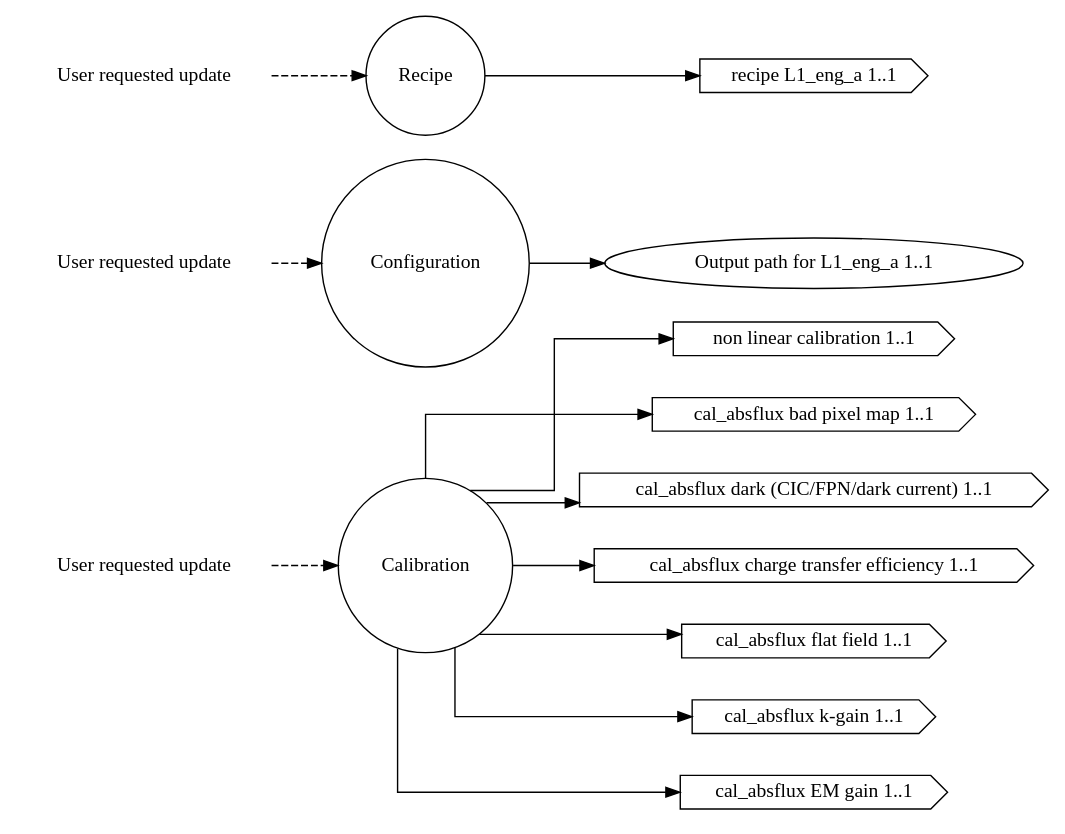
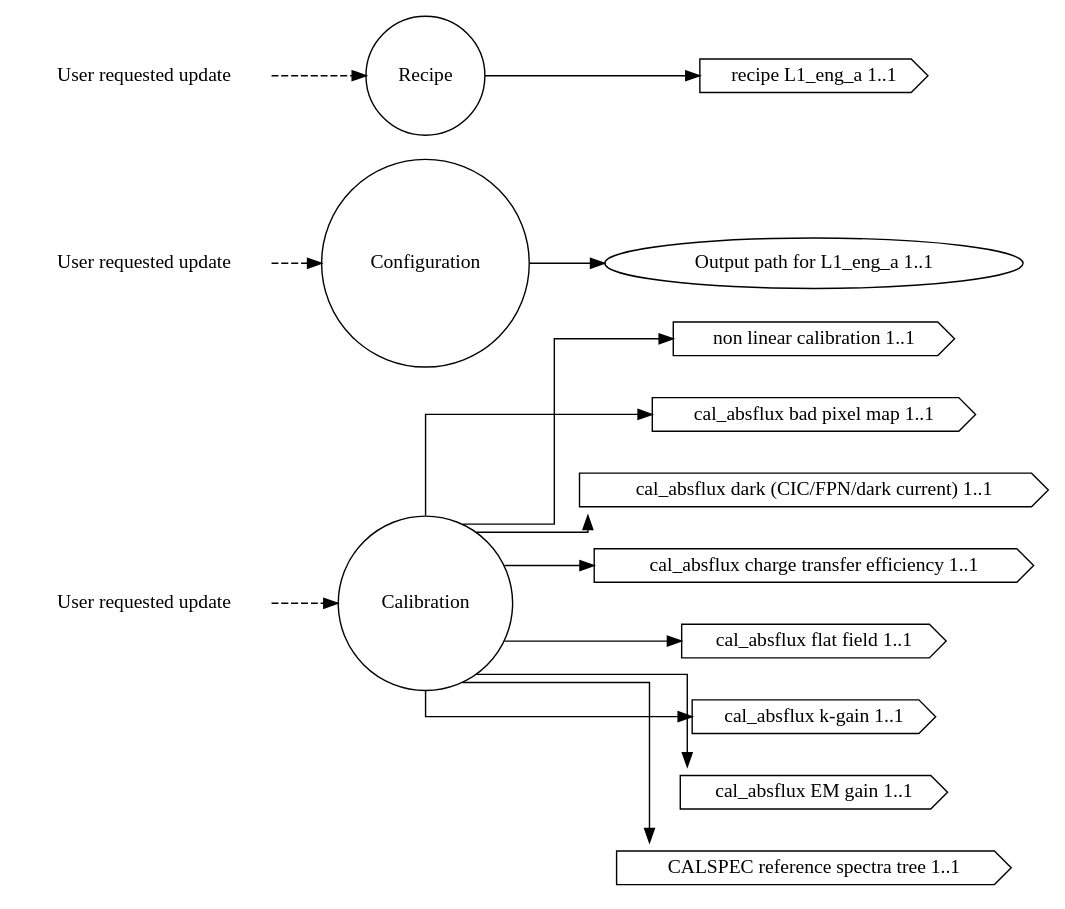
The diagram in dip/basis/ck_absflux.dot (roman-corgi/ctc-dip), drawn with Graphviz before and after one commit. The commit also changed 9 other files, not shown here.

First line of the commit message:
Add copy_tree cache support for CALSPEC reference data (#124)

```diff
--- a/dip/basis/ck_absflux.dot
+++ b/dip/basis/ck_absflux.dot
@@ -1,62 +1,70 @@
 /* why separate channels and how are they tied back together
 *
 * The magic happens from clerks.dot. It contains the same clerks but with dawgie
 * information tied to the nodes. Since they are all named the same among these
 * channlized files and clerks.dot, the dip.basis.transmute distills then
 * condenses them into a hidden monolithic concept if they have dawgie
 * information associated with them. That is the real magic.
 */
 digraph AbsFluxClerks
 {
   graph [splines="ortho", rankdir=LR];
 
   alarm_cal [label="User requested update", shape="none"];
   alarm_cnf [label="User requested update", shape="none"];
   alarm_rec [label="User requested update", shape="none"];
   
   calib [label="Calibration", shape="circle"];
   config [label="Configuration", shape="circle"];
   recipe [label="Recipe", shape="circle"];
 
   l1_cal_absflux_odir [label="Output path for L1_eng_a 1..1", shape="ellipse",
                        valname="clerk.configuration.l1_cal_absflux.outdir",
                        valtype="dip.base.Configuration"];
   l1_cal_absflux_rec [label="recipe L1_eng_a 1..1", shape="cds",
                       valname="clerk.recipe.l1_cal_absflux.recipe",
                       valtype="dip.base.Recipe"];
   l1_cal_absflux_nllut [label="non linear calibration 1..1", shape="cds",
                         valname="clerk.calibration.l1_cal_absflux.nonlin",
                         valtype="dip.base.Calibration"];
   l2a_cal_absflux_mbpm [label="cal_absflux bad pixel map 1..1", shape="cds",
                          valname="clerk.calibration.l2a_cal_absflux.bad_pix_map",
                          valtype="dip.base.Calibration"];
   l2a_cal_absflux_dnb  [label="cal_absflux dark (CIC/FPN/dark current) 1..1", shape="cds",
                          valname="clerk.calibration.l2a_cal_absflux.darks",
                          valtype="dip.base.Calibration"];
   l2a_cal_absflux_cti  [label="cal_absflux charge transfer efficiency 1..1", shape="cds",
                          valname="clerk.calibration.l2a_cal_absflux.charge_xfer_eff",
                          valtype="dip.base.Calibration"];
   l2a_cal_absflux_ff  [label="cal_absflux flat field 1..1", shape="cds",
                         valname="clerk.calibration.l2a_cal_absflux.flat_field",
                         valtype="dip.base.Calibration"];
   l2a_cal_absflux_kgain  [label="cal_absflux k-gain 1..1", shape="cds",
                            valname="clerk.calibration.l2a_cal_absflux.k_gain",
                            valtype="dip.base.Calibration"];
   l2a_cal_absflux_emg [label="cal_absflux EM gain 1..1", shape="cds",
                         valname="clerk.calibration.l2a_cal_absflux.em_gain",
                         valtype="dip.base.Calibration"];
 
+  /* container-level .corgidrp cache subtree (copy_tree item). Declared once
+   * here; channel graphs that need it (cal_absflux, cal_ndfiltspec) add an
+   * edge calspec_cache -> their transmutation node. */
+  calspec_cache [label="CALSPEC reference spectra tree 1..1", shape="cds",
+                 valname="clerk.calibration.cache.calspec_data",
+                 valtype="dip.base.Calibration"];
+
   alarm_cal -> calib [style="dashed"];
   alarm_cnf -> config [style="dashed"];
   alarm_rec -> recipe [style="dashed"];
 
   calib -> l1_cal_absflux_nllut;
   calib -> l2a_cal_absflux_mbpm;
   calib -> l2a_cal_absflux_dnb;
   calib -> l2a_cal_absflux_cti;
   calib -> l2a_cal_absflux_ff;
   calib -> l2a_cal_absflux_kgain;
   calib -> l2a_cal_absflux_emg;
+  calib -> calspec_cache;
   config -> l1_cal_absflux_odir;
   recipe -> l1_cal_absflux_rec;
 }
```
